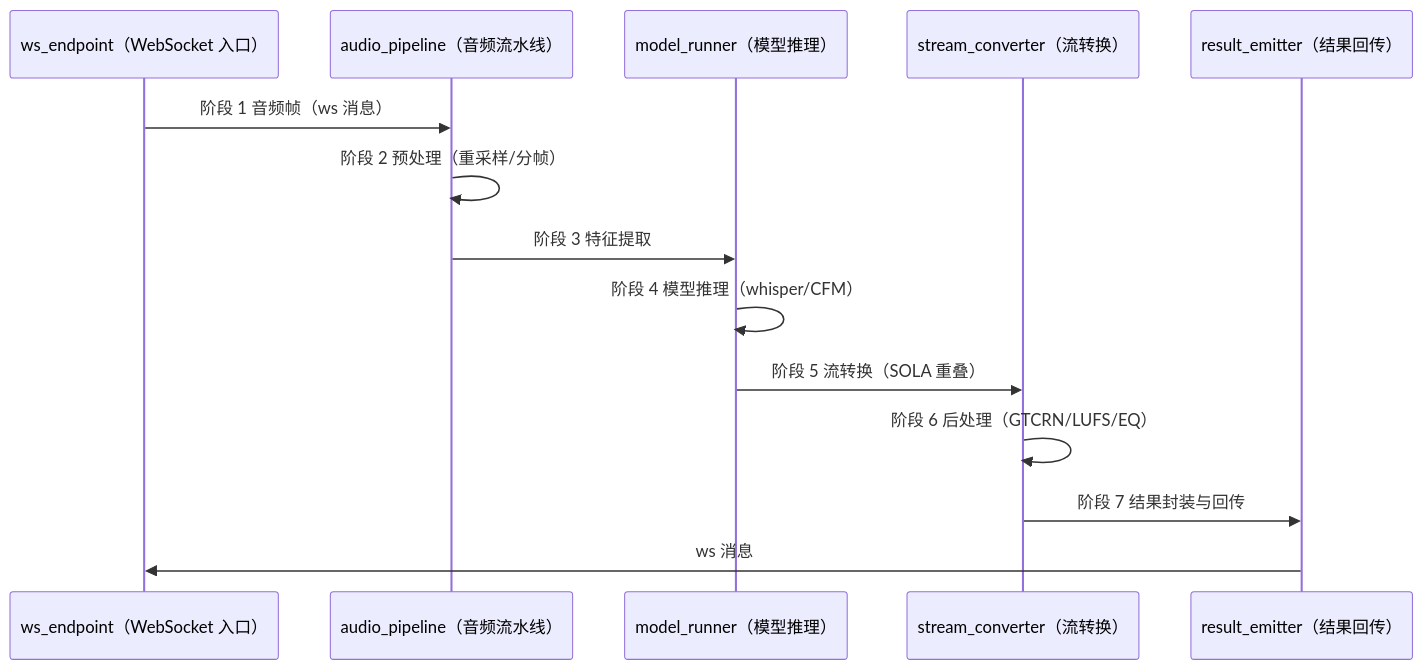
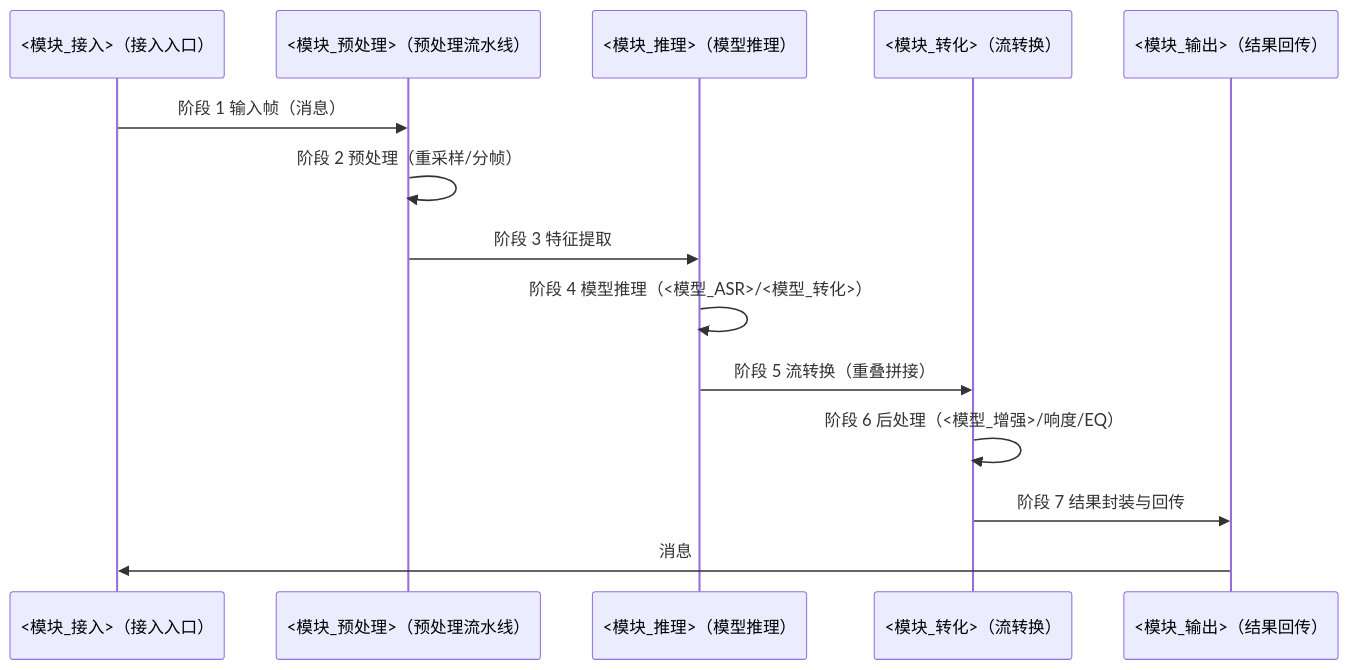
Before and after one commit to syllr/skills: the first of 2 diagrams in skills/doc-arch-rules/references/templates/L2/deep-dives/DEEP-DIVE.template.md, drawn with Mermaid. The commit also changed other lines of this file and 11 other files, not shown here.

````diff
--- a/skills/doc-arch-rules/references/templates/L2/deep-dives/DEEP-DIVE.template.md
+++ b/skills/doc-arch-rules/references/templates/L2/deep-dives/DEEP-DIVE.template.md
@@ -61,17 +61,17 @@
 ```mermaid
 sequenceDiagram
-    participant C as ws_endpoint（WebSocket 入口）
-    participant A as audio_pipeline（音频流水线）
-    participant M as model_runner（模型推理）
-    participant S as stream_converter（流转换）
-    participant R as result_emitter（结果回传）
+    participant C as <模块_接入>（接入入口）
+    participant A as <模块_预处理>（预处理流水线）
+    participant M as <模块_推理>（模型推理）
+    participant S as <模块_转化>（流转换）
+    participant R as <模块_输出>（结果回传）
 
-    C->>A: 阶段 1 音频帧（ws 消息）
+    C->>A: 阶段 1 输入帧（消息）
     A->>A: 阶段 2 预处理（重采样/分帧）
     A->>M: 阶段 3 特征提取
-    M->>M: 阶段 4 模型推理（whisper/CFM）
-    M->>S: 阶段 5 流转换（SOLA 重叠）
-    S->>S: 阶段 6 后处理（GTCRN/LUFS/EQ）
+    M->>M: 阶段 4 模型推理（<模型_ASR>/<模型_转化>）
+    M->>S: 阶段 5 流转换（重叠拼接）
+    S->>S: 阶段 6 后处理（<模型_增强>/响度/EQ）
     S->>R: 阶段 7 结果封装与回传
-    R->>C: ws 消息
+    R->>C: 消息
 ```
````
